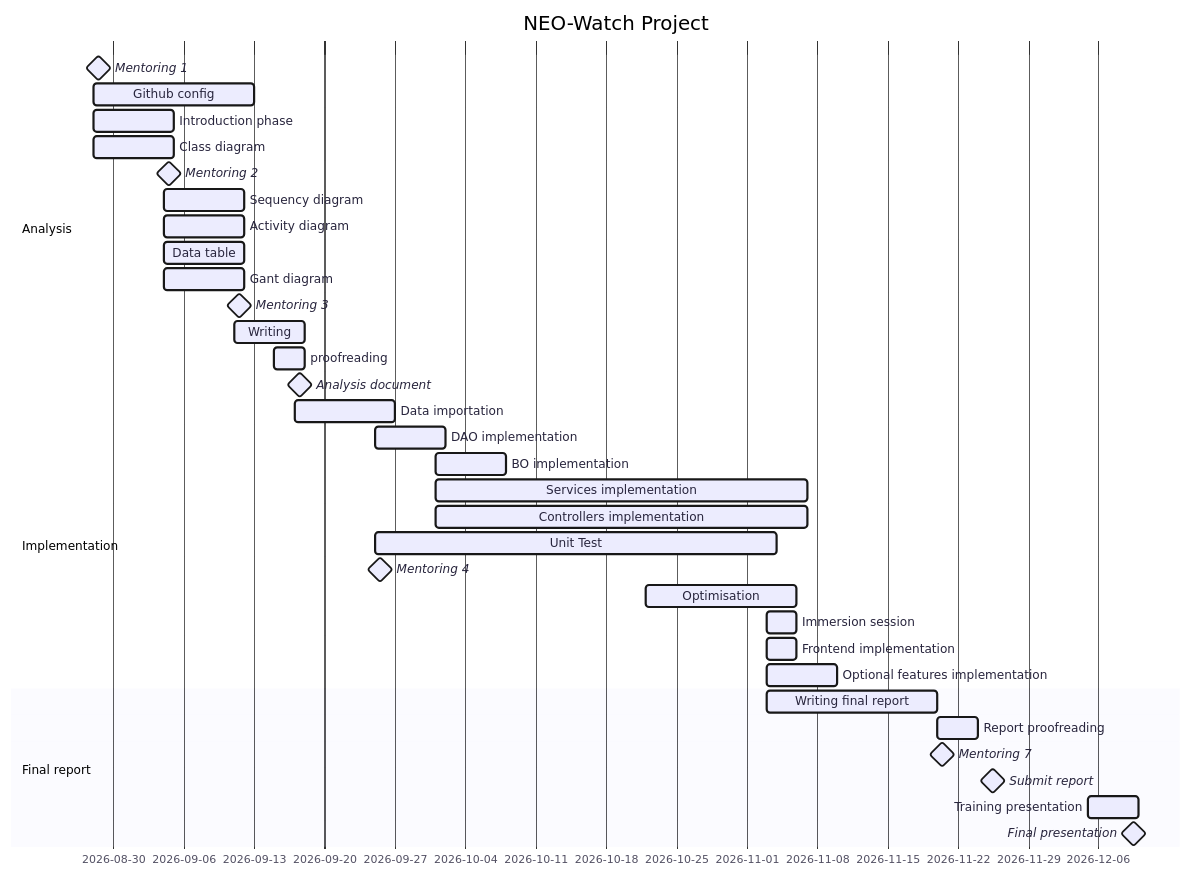
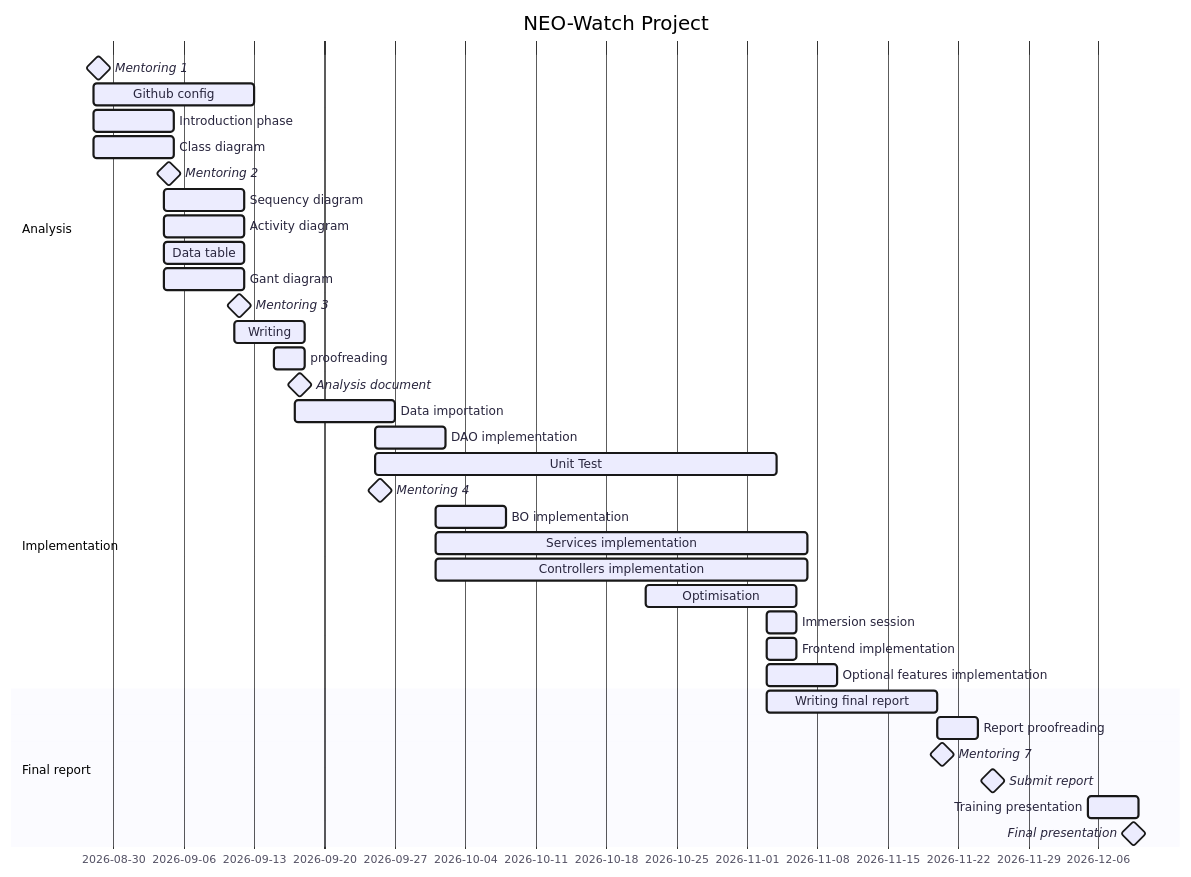
One commit to Yazaaaaaa/ensai-it-project-2a-team2 changed the diagram in doc/diagram/gantt_diagramal_vfinal.md. Above: the diagram before and after it, drawn with Mermaid. The commit also changed other lines of this file, not shown here.

First line of the commit message:
Refactor Gantt diagram to eliminate duplicates

````diff
--- a/doc/diagram/gantt_diagramal_vfinal.md
+++ b/doc/diagram/gantt_diagramal_vfinal.md
@@ -1,42 +1,42 @@
 ```mermaid
 ---
 config:
   theme: redux
 ---
 gantt
     title NEO-Watch Project
     dateFormat YYYY-MM-DD
     section Analysis
         Mentoring 1        :milestone, 2026-08-28, 1d
         Github config      :2026-08-28, 16d
         Introduction phase :2026-08-28, 8d
         Class diagram      :2026-08-28, 8d
         Mentoring 2        :milestone, 2026-09-04, 1d
         Sequency diagram   :2026-09-04, 8d
         Activity diagram   :2026-09-04, 8d
         Data table         :2026-09-04, 8d
         Gant diagram       :2026-09-04, 8d
         Mentoring 3        :milestone, 2026-09-11, 1d
         Writing            :2026-09-11, 7d
         proofreading       :2026-09-15, 3d
         Analysis document  :milestone, 2026-09-17, 1d
     section Implementation
         Data importation   :2026-09-17, 10d
         DAO implementation :2026-09-25, 7d
+        Unit Test          :2026-09-25, 40d
+        Mentoring 4        :milestone, 2026-09-25, 1d
         BO implementation  :2026-10-01, 7d
         Services implementation: 2026-10-01, 37d
         Controllers implementation: 2026-10-01, 37d
-        Unit Test          :2026-09-25, 40d
-        Mentoring 4        :milestone, 2026-09-25, 1d
         Optimisation       :2026-10-22, 15d
         Immersion session  :2026-11-03, 3d
         Frontend implementation : 2026-11-03, 3d
         Optional features implementation : 2026-11-03, 7d
     section Final report
         Writing final report :2026-11-03, 17d
         Report proofreading  :2026-11-20, 4d
         Mentoring 7        :milestone, 2026-11-20, 1d
         Submit report   :milestone, 2026-11-25, 1d
         Training presentation :2026-12-05, 5d
         Final presentation :milestone, 2026-12-09, 1d
 ```
````
